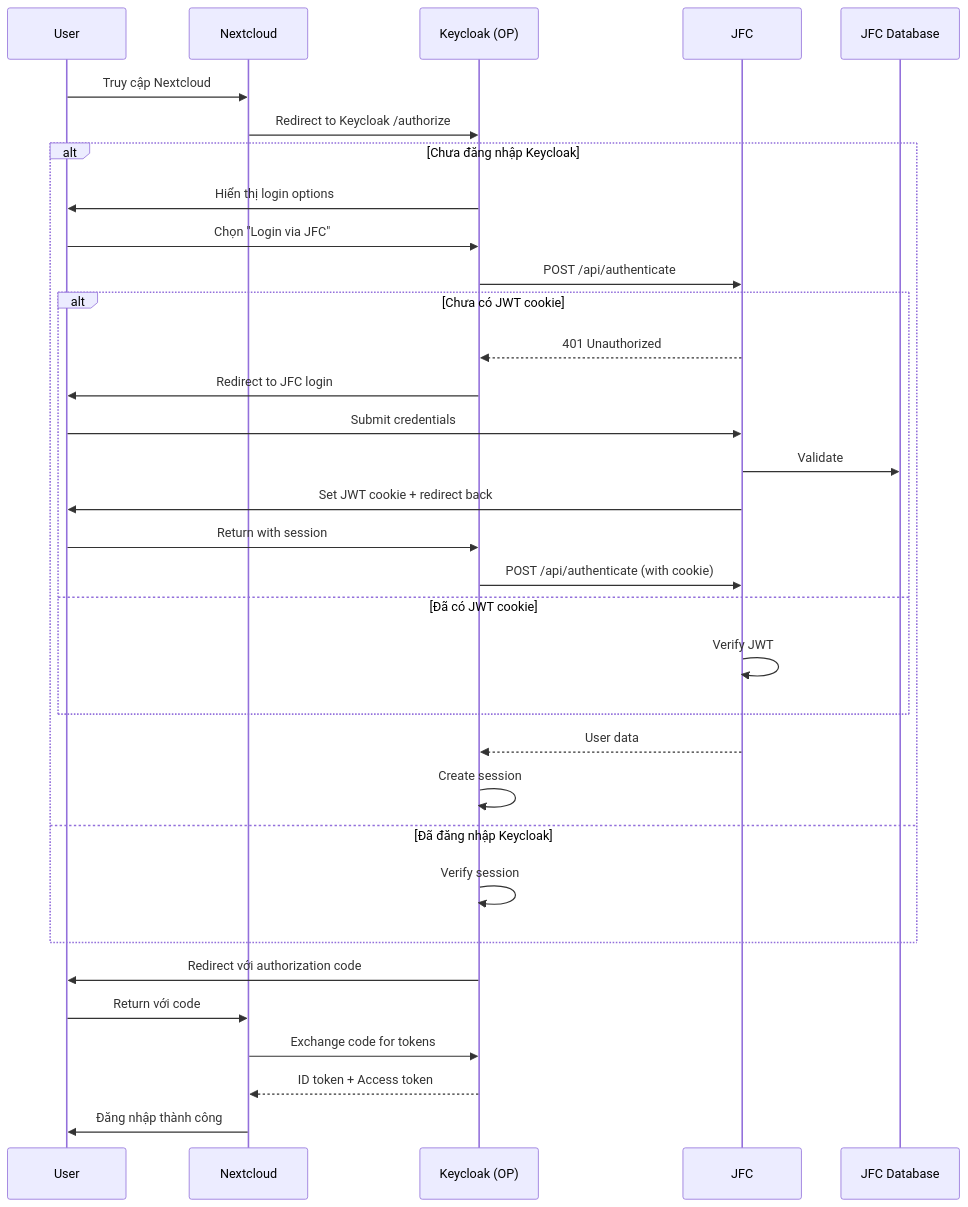
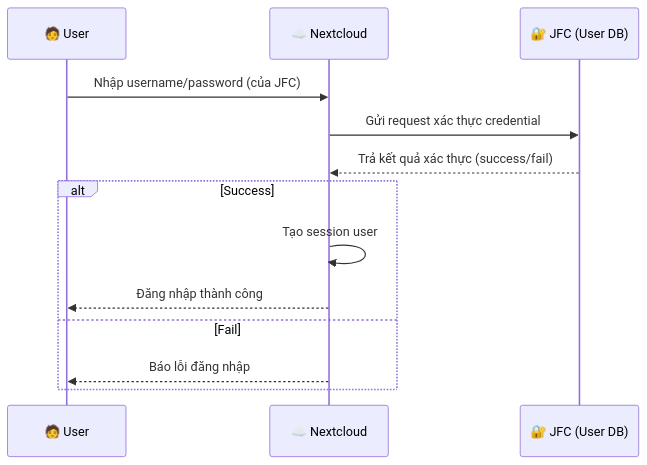
Before and after one commit to Wind1102/Learn: the fourth of 5 diagrams in Theory/markdown.md, drawn with Mermaid. The commit also changed other lines of this file and 4 other files, not shown here.

````diff
--- a/Theory/markdown.md
+++ b/Theory/markdown.md
@@ -54,38 +57,16 @@
 ```mermaid
 sequenceDiagram
-    participant User
-    participant Nextcloud
-    participant Keycloak as Keycloak (OP)
-    participant JFC
-    participant JFC_DB as JFC Database
+    participant User as 🧑 User
+    participant Nextcloud as ☁️ Nextcloud
+    participant JFC as 🔐 JFC (User DB)
 
-    User->>Nextcloud: Truy cập Nextcloud
-    Nextcloud->>Keycloak: Redirect to Keycloak /authorize
-    
-    alt Chưa đăng nhập Keycloak
-        Keycloak->>User: Hiển thị login options
-        User->>Keycloak: Chọn "Login via JFC"
-        Keycloak->>JFC: POST /api/authenticate
-        alt Chưa có JWT cookie
-            JFC-->>Keycloak: 401 Unauthorized
-            Keycloak->>User: Redirect to JFC login
-            User->>JFC: Submit credentials
-            JFC->>JFC_DB: Validate
-            JFC->>User: Set JWT cookie + redirect back
-            User->>Keycloak: Return with session
-            Keycloak->>JFC: POST /api/authenticate (with cookie)
-        else Đã có JWT cookie
-            JFC->>JFC: Verify JWT
-        end
-        JFC-->>Keycloak: User data
-        Keycloak->>Keycloak: Create session
-    else Đã đăng nhập Keycloak
-        Keycloak->>Keycloak: Verify session
+    User->>Nextcloud: Nhập username/password (của JFC)
+    Nextcloud->>JFC: Gửi request xác thực credential
+    JFC-->>Nextcloud: Trả kết quả xác thực (success/fail)
+    alt Success
+        Nextcloud->>Nextcloud: Tạo session user
+        Nextcloud-->>User: Đăng nhập thành công
+    else Fail
+        Nextcloud-->>User: Báo lỗi đăng nhập
     end
-    
-    Keycloak->>User: Redirect với authorization code
-    User->>Nextcloud: Return với code
-    Nextcloud->>Keycloak: Exchange code for tokens
-    Keycloak-->>Nextcloud: ID token + Access token
-    Nextcloud->>User: Đăng nhập thành công
 ```
````
